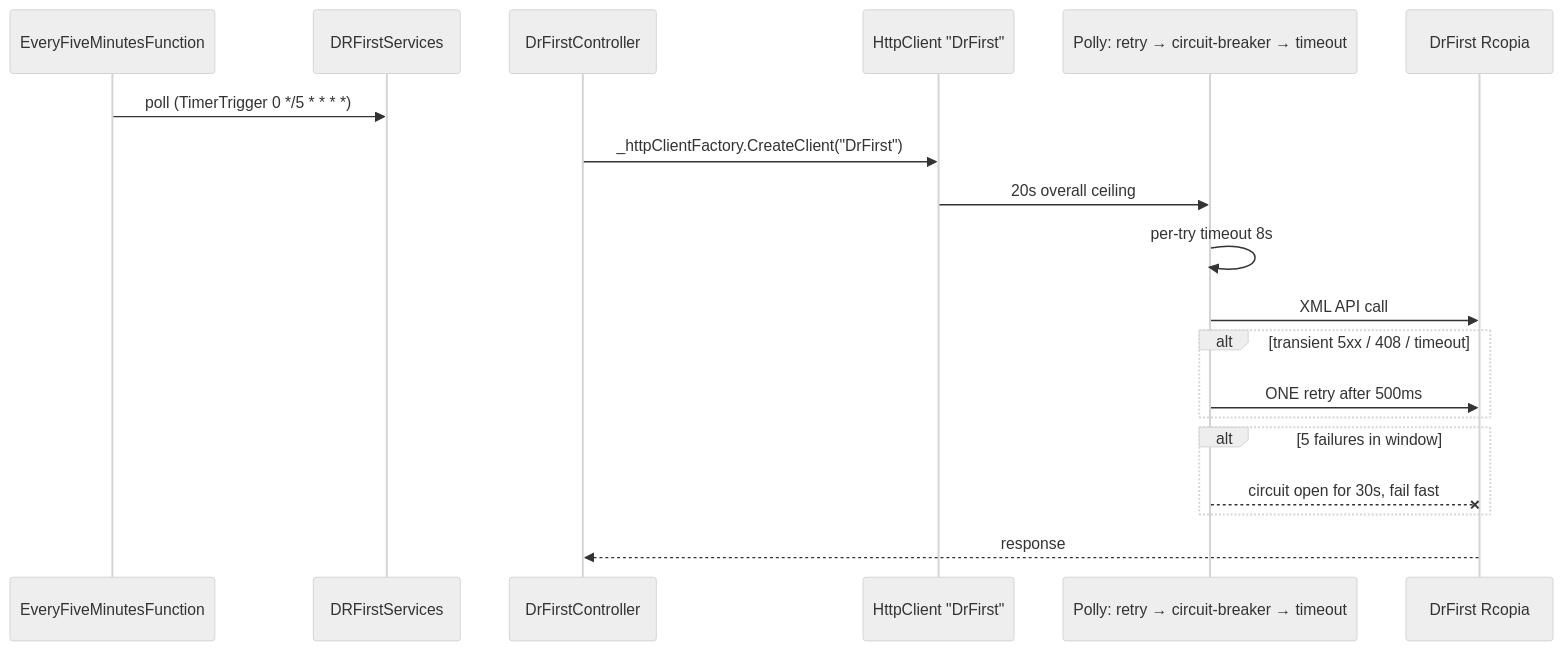
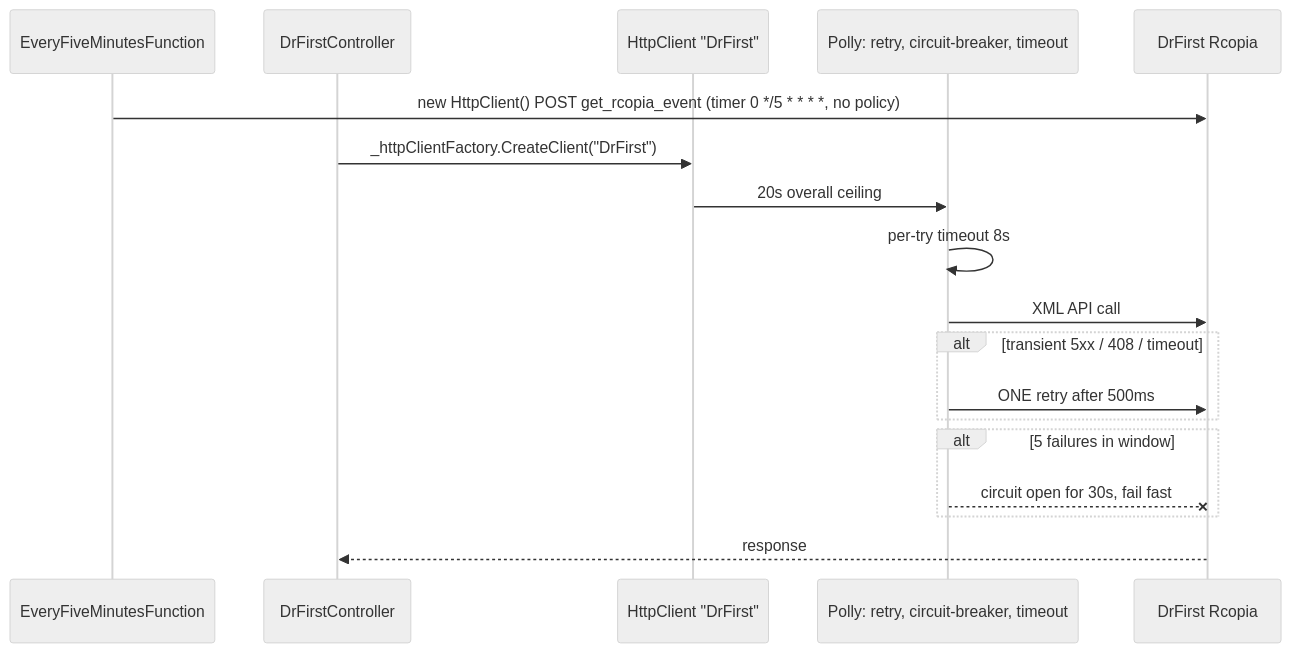
One commit to hemsingh-3PG/sai-systems-AIRE changed the third of 4 diagrams in docs/architecture/current/07-external-integrations-deep-dive.md. Above: the diagram before and after it, drawn with Mermaid (neutral theme). The commit also changed other lines of this file and 285 other files, not shown here.

````diff
--- a/docs/architecture/current/07-external-integrations-deep-dive.md
+++ b/docs/architecture/current/07-external-integrations-deep-dive.md
@@ -103,22 +128,21 @@
 ```mermaid
 sequenceDiagram
   participant F as EveryFiveMinutesFunction
-  participant S as DRFirstServices
   participant CT as DrFirstController
   participant HC as HttpClient "DrFirst"
-  participant POL as Polly: retry → circuit-breaker → timeout
+  participant POL as Polly: retry, circuit-breaker, timeout
   participant DF as DrFirst Rcopia
 
-  F->>S: poll (TimerTrigger 0 */5 * * * *)
+  F->>DF: new HttpClient() POST get_rcopia_event (timer 0 */5 * * * *, no policy)
   CT->>HC: _httpClientFactory.CreateClient("DrFirst")
   HC->>POL: 20s overall ceiling
   POL->>POL: per-try timeout 8s
   POL->>DF: XML API call
   alt transient 5xx / 408 / timeout
     POL->>DF: ONE retry after 500ms
   end
   alt 5 failures in window
     POL--xDF: circuit open for 30s, fail fast
   end
   DF-->>CT: response
 ```
````
